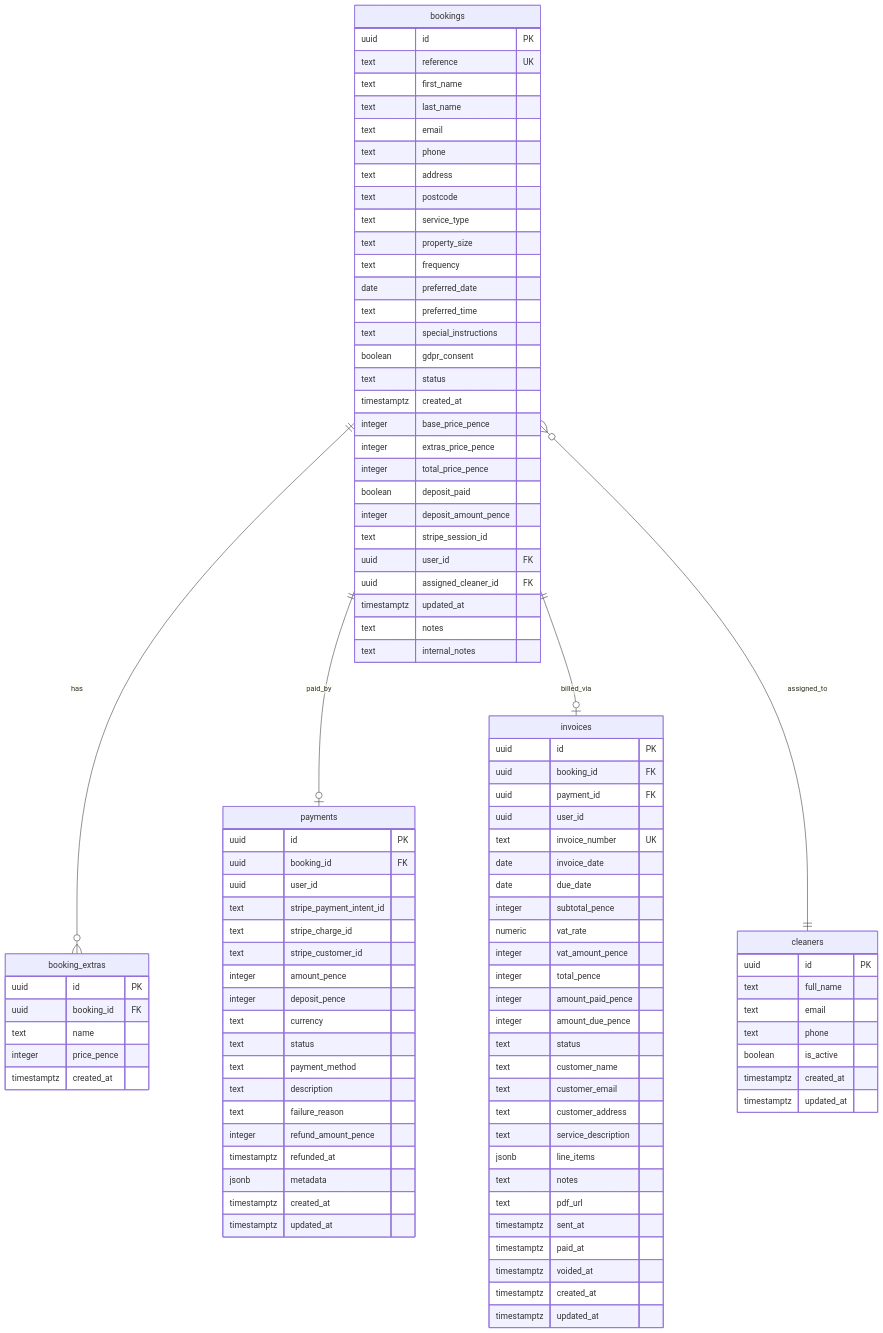
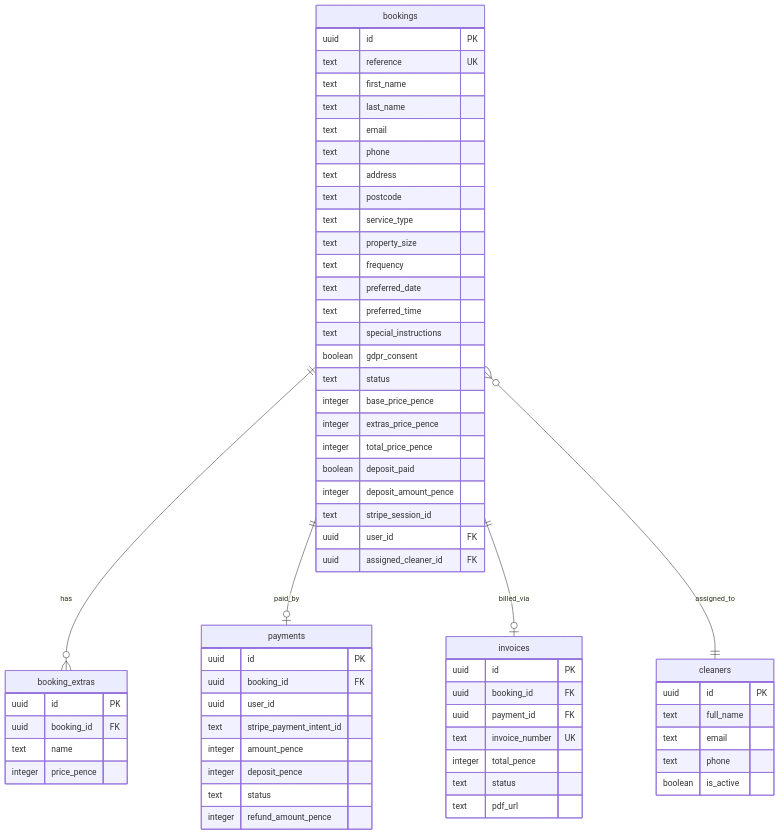
Diagram 13 of 17 in README.md (anyatechserv/puremaids), drawn with Mermaid before and after one commit. The commit also changed other lines of this file and 63 other files, not shown here.

```diff
--- a/README.md
+++ b/README.md
@@ -1026,12 +933,11 @@
         text service_type
         text property_size
         text frequency
-        date preferred_date
+        text preferred_date
         text preferred_time
         text special_instructions
         boolean gdpr_consent
         text status
-        timestamptz created_at
         integer base_price_pence
         integer extras_price_pence
         integer total_price_pence
@@ -1040,79 +946,39 @@
         text stripe_session_id
         uuid user_id FK
         uuid assigned_cleaner_id FK
-        timestamptz updated_at
-        text notes
-        text internal_notes
     }
-
     booking_extras {
         uuid id PK
         uuid booking_id FK
         text name
         integer price_pence
-        timestamptz created_at
     }
-
     cleaners {
         uuid id PK
         text full_name
         text email
         text phone
         boolean is_active
-        timestamptz created_at
-        timestamptz updated_at
     }
-
     payments {
         uuid id PK
         uuid booking_id FK
         uuid user_id
         text stripe_payment_intent_id
-        text stripe_charge_id
-        text stripe_customer_id
         integer amount_pence
         integer deposit_pence
-        text currency
         text status
-        text payment_method
-        text description
-        text failure_reason
         integer refund_amount_pence
-        timestamptz refunded_at
-        jsonb metadata
-        timestamptz created_at
-        timestamptz updated_at
     }
-
     invoices {
         uuid id PK
         uuid booking_id FK
         uuid payment_id FK
-        uuid user_id
         text invoice_number UK
-        date invoice_date
-        date due_date
-        integer subtotal_pence
-        numeric vat_rate
-        integer vat_amount_pence
         integer total_pence
-        integer amount_paid_pence
-        integer amount_due_pence
         text status
-        text customer_name
-        text customer_email
-        text customer_address
-        text service_description
-        jsonb line_items
-        text notes
         text pdf_url
-        timestamptz sent_at
-        timestamptz paid_at
-        timestamptz voided_at
-        timestamptz created_at
-        timestamptz updated_at
     }
-
     bookings ||--o{ booking_extras : has
     bookings ||--o| payments : paid_by
     bookings ||--o| invoices : billed_via
```
